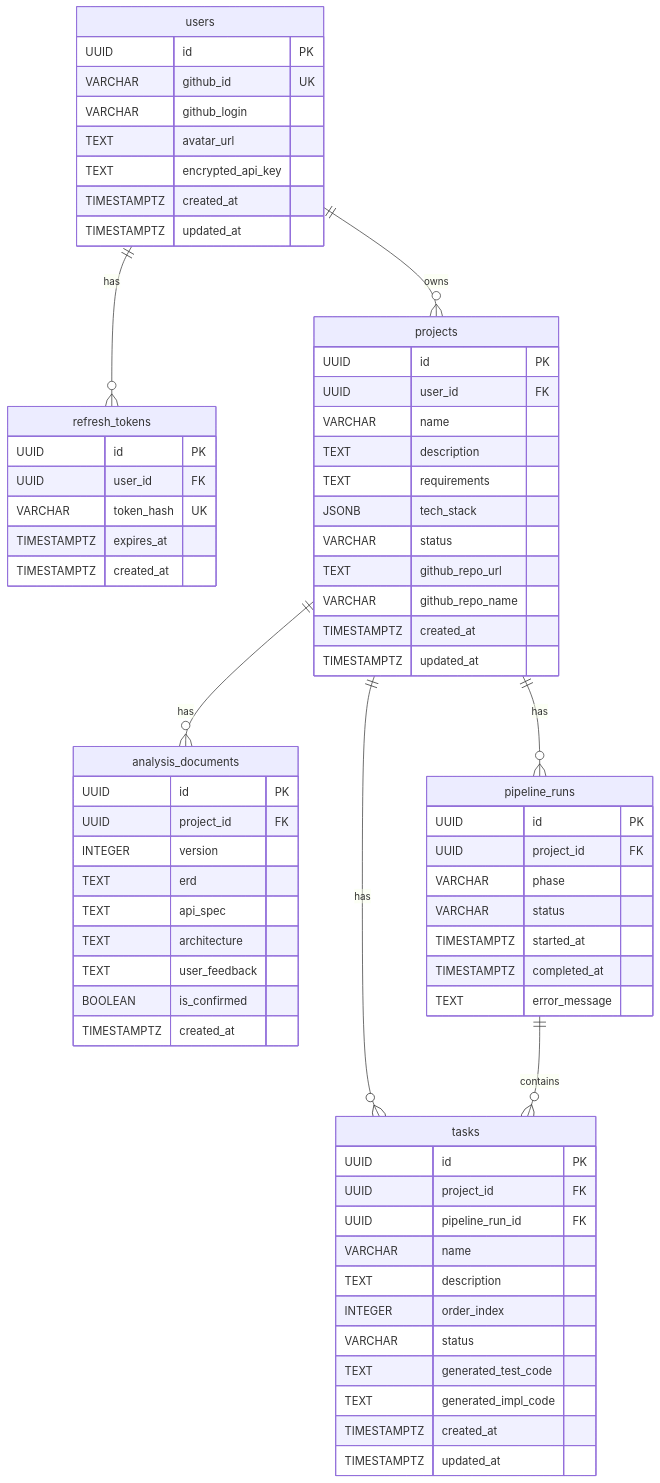
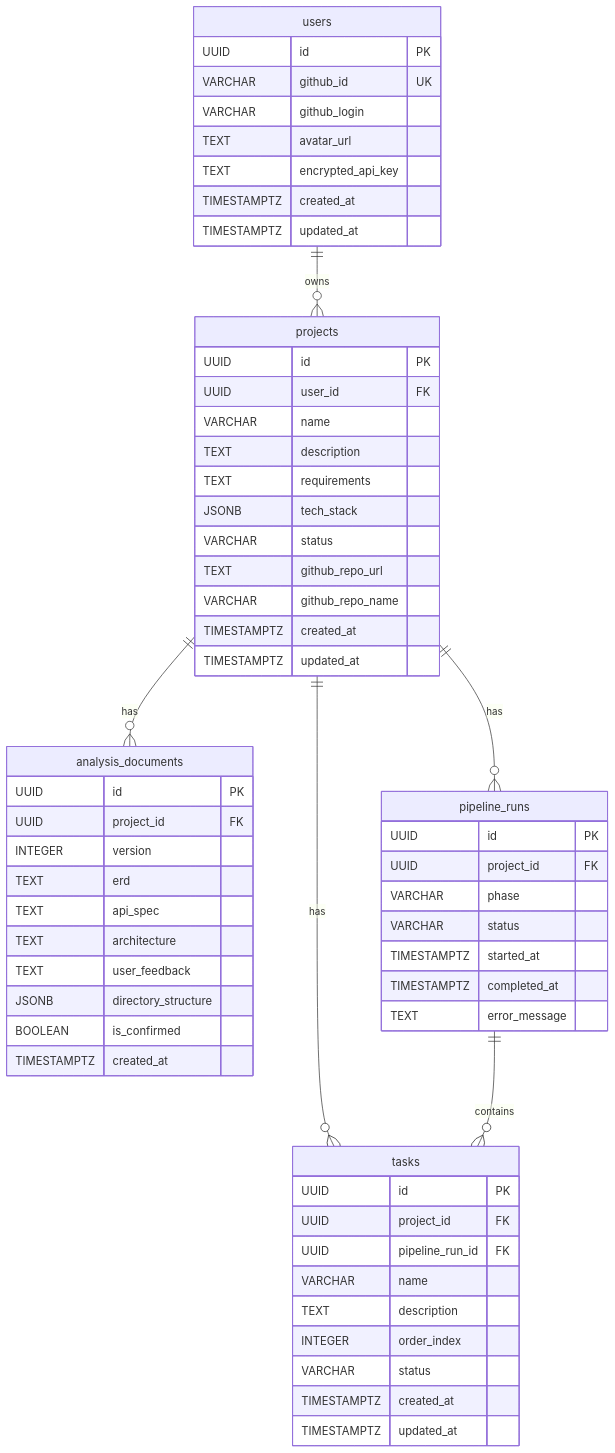
The diagram in docs/03/erd.md (Gomdadi/mvp-builder), drawn with Mermaid before and after one commit. The commit also changed other lines of this file and 3 other files, not shown here.

Commit message:
Modify ERD & Generate Sprint 1, 2

````diff
--- a/docs/03/erd.md
+++ b/docs/03/erd.md
@@ -100,77 +89,67 @@
 ```mermaid
 erDiagram
     users {
         UUID id PK
         VARCHAR github_id UK
         VARCHAR github_login
         TEXT avatar_url
         TEXT encrypted_api_key
         TIMESTAMPTZ created_at
         TIMESTAMPTZ updated_at
-    }
-
-    refresh_tokens {
-        UUID id PK
-        UUID user_id FK
-        VARCHAR token_hash UK
-        TIMESTAMPTZ expires_at
-        TIMESTAMPTZ created_at
     }
 
     projects {
         UUID id PK
         UUID user_id FK
         VARCHAR name
         TEXT description
         TEXT requirements
         JSONB tech_stack
         VARCHAR status
         TEXT github_repo_url
         VARCHAR github_repo_name
         TIMESTAMPTZ created_at
         TIMESTAMPTZ updated_at
     }
 
     analysis_documents {
         UUID id PK
         UUID project_id FK
         INTEGER version
         TEXT erd
         TEXT api_spec
         TEXT architecture
         TEXT user_feedback
+        JSONB directory_structure
         BOOLEAN is_confirmed
         TIMESTAMPTZ created_at
     }
 
     pipeline_runs {
         UUID id PK
         UUID project_id FK
         VARCHAR phase
         VARCHAR status
         TIMESTAMPTZ started_at
         TIMESTAMPTZ completed_at
         TEXT error_message
     }
 
     tasks {
         UUID id PK
         UUID project_id FK
         UUID pipeline_run_id FK
         VARCHAR name
         TEXT description
         INTEGER order_index
         VARCHAR status
-        TEXT generated_test_code
-        TEXT generated_impl_code
         TIMESTAMPTZ created_at
         TIMESTAMPTZ updated_at
     }
 
-    users ||--o{ refresh_tokens : "has"
     users ||--o{ projects : "owns"
     projects ||--o{ analysis_documents : "has"
     projects ||--o{ pipeline_runs : "has"
     projects ||--o{ tasks : "has"
     pipeline_runs ||--o{ tasks : "contains"
 ```
````
